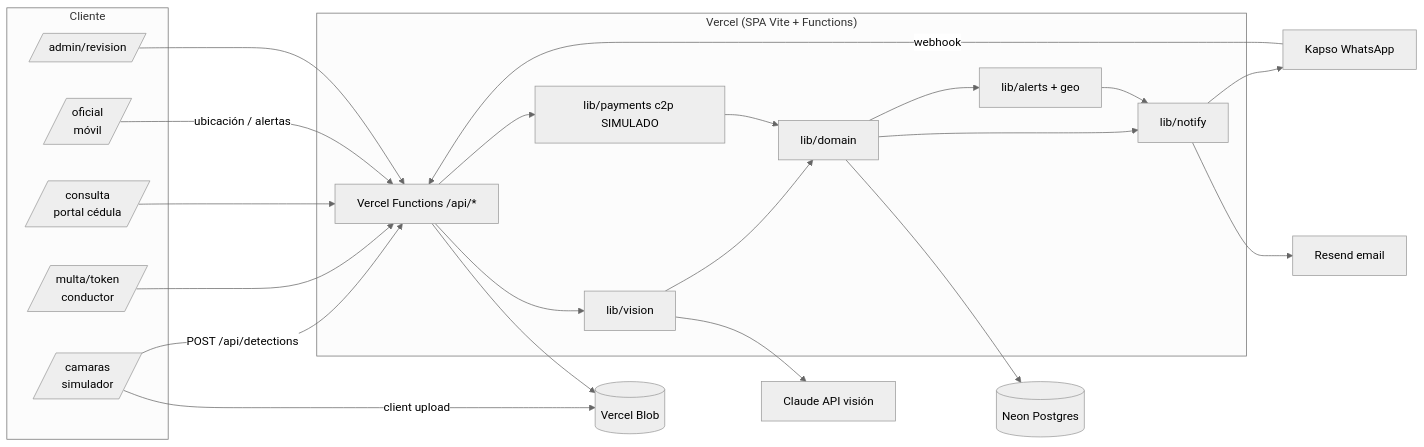
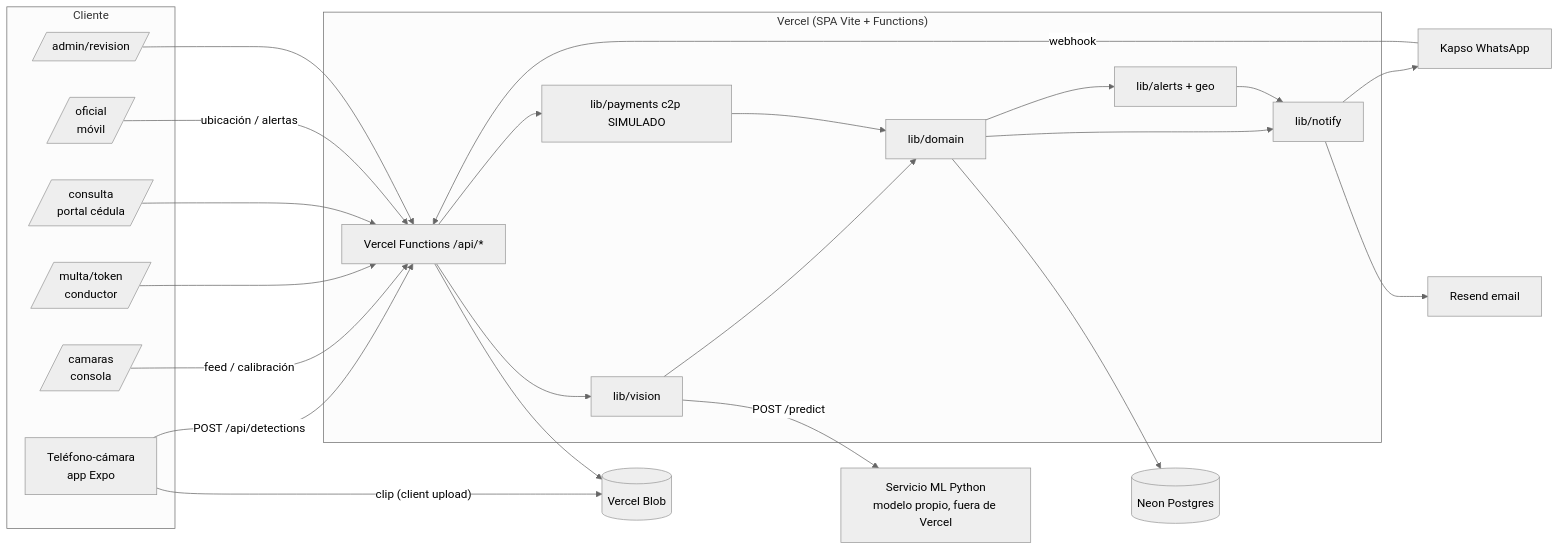
Before and after one commit to platanus-hack/platanus-hack-26-ve-team-20: the first of 3 diagrams in docs/02-arquitectura.md, drawn with Mermaid (neutral theme). The commit also changed other lines of this file and 17 other files, not shown here.

````diff
--- a/docs/02-arquitectura.md
+++ b/docs/02-arquitectura.md
@@ -18,37 +20,39 @@
 ```mermaid
 flowchart LR
   subgraph Cliente
-    SIM[/camaras<br/>simulador/]
+    PH[Teléfono-cámara<br/>app Expo]
+    SIM[/camaras<br/>consola/]
     DRV[/multa/token<br/>conductor/]
     POR[/consulta<br/>portal cédula/]
     OFF[/oficial<br/>móvil/]
     ADM[/admin/revision/]
   end
   subgraph Vercel["Vercel (SPA Vite + Functions)"]
     API[Vercel Functions /api/*]
     VIS[lib/vision]
     DOM[lib/domain]
     NOT[lib/notify]
     PAY[lib/payments c2p SIMULADO]
     ALR[lib/alerts + geo]
   end
   BLOB[(Vercel Blob)]
   DB[(Neon Postgres)]
-  CL[Claude API visión]
+  ML[Servicio ML Python<br/>modelo propio, fuera de Vercel]
   KP[Kapso WhatsApp]
   RS[Resend email]
 
-  SIM -- client upload --> BLOB
-  SIM -- POST /api/detections --> API
-  API --> VIS --> CL
+  PH -- clip (client upload) --> BLOB
+  PH -- POST /api/detections --> API
+  SIM -- feed / calibración --> API
+  API --> VIS -- POST /predict --> ML
   VIS --> DOM --> DB
   DOM --> NOT --> KP
   NOT --> RS
   DOM --> ALR --> NOT
   DRV --> API --> PAY --> DOM
   POR --> API
   OFF -- ubicación / alertas --> API
   ADM --> API
   KP -- webhook --> API
   API --> BLOB
 ```
````
